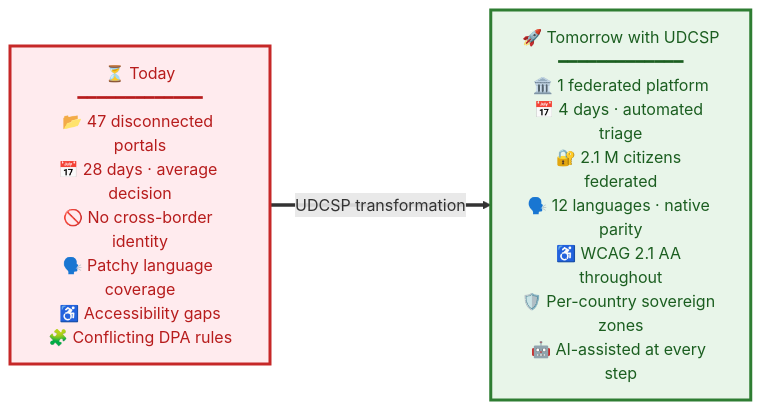
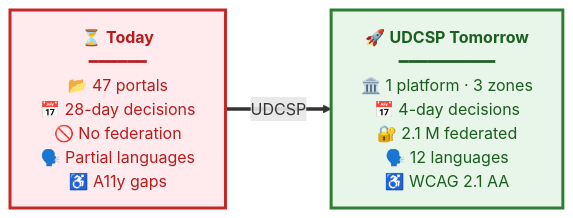
The first of 2 diagrams in README.md (fredgis/UDCSP), drawn with Mermaid before and after one commit. The commit also changed other lines of this file and 2 other files, not shown here.

First line of the commit message:
Add A16 installer agent and tighten README diagrams

````diff
--- a/README.md
+++ b/README.md
@@ -43,11 +43,9 @@
 ```mermaid
 graph LR
-    BEFORE["⏳ Today<br/>━━━━━━━━━━━━━<br/>📂 47 disconnected portals<br/>📅 28 days · average decision<br/>🚫 No cross-border identity<br/>🗣️ Patchy language coverage<br/>♿ Accessibility gaps<br/>🧩 Conflicting DPA rules"]
-    AFTER["🚀 Tomorrow with UDCSP<br/>━━━━━━━━━━━━━<br/>🏛️ 1 federated platform<br/>📅 4 days · automated triage<br/>🔐 2.1 M citizens federated<br/>🗣️ 12 languages · native parity<br/>♿ WCAG 2.1 AA throughout<br/>🛡️ Per-country sovereign zones<br/>🤖 AI-assisted at every step"]
-    BEFORE ==>|UDCSP transformation| AFTER
+    BEFORE["⏳ <b>Today</b><br/>━━━━━━<br/>📂 47 portals<br/>📅 28-day decisions<br/>🚫 No federation<br/>🗣️ Partial languages<br/>♿ A11y gaps"]:::before
+    AFTER["🚀 <b>UDCSP Tomorrow</b><br/>━━━━━━━━━━<br/>🏛️ 1 platform · 3 zones<br/>📅 4-day decisions<br/>🔐 2.1 M federated<br/>🗣️ 12 languages<br/>♿ WCAG 2.1 AA"]:::after
+    BEFORE ==>|UDCSP| AFTER
 
     classDef before fill:#FFEBEE,stroke:#C62828,stroke-width:3px,color:#B71C1C
     classDef after fill:#E8F5E9,stroke:#2E7D32,stroke-width:3px,color:#1B5E20
-    class BEFORE before
-    class AFTER after
 ```
````
